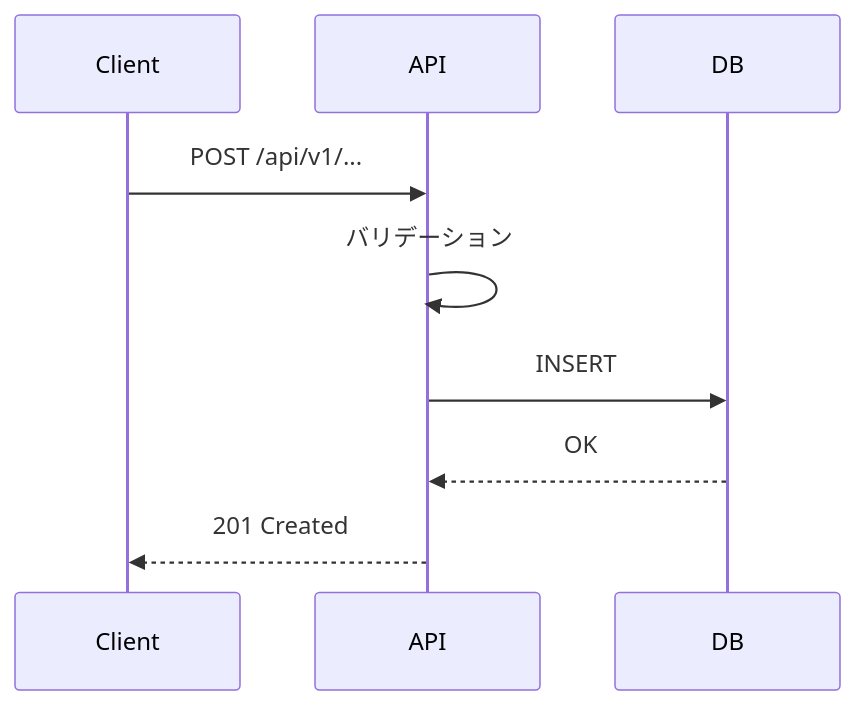
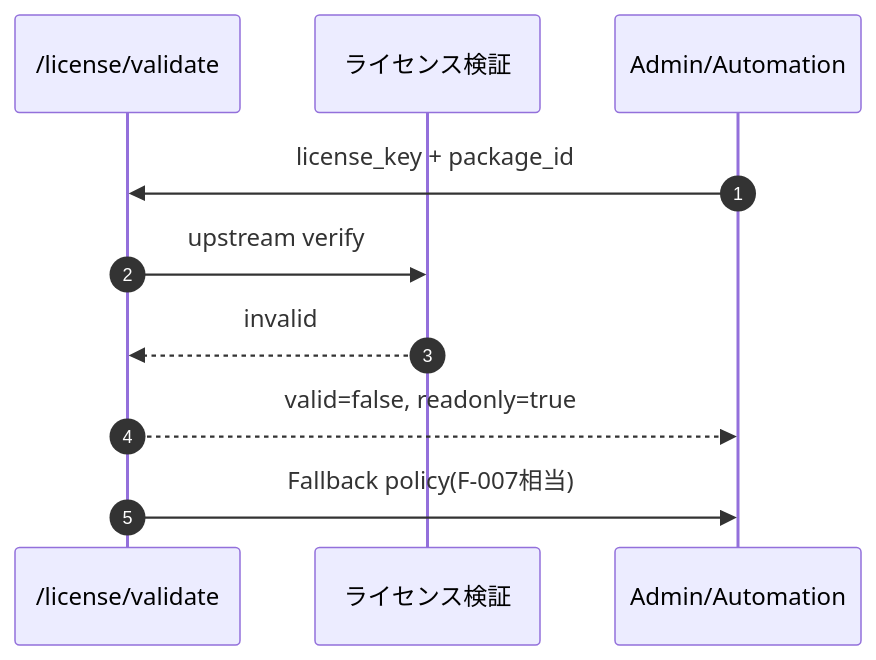
One commit to RetryYN/HELIX-WP-THEME changed the fifth of 5 diagrams in docs/design/L3-detailed-design.md. Above: the diagram before and after it, drawn with Mermaid. The commit also changed other lines of this file and 11 other files, not shown here.

````diff
--- a/docs/design/L3-detailed-design.md
+++ b/docs/design/L3-detailed-design.md
@@ -227,11 +693,13 @@
 ```mermaid
 sequenceDiagram
-  participant C as Client
-  participant A as API
-  participant D as DB
-  C->>A: POST /api/v1/...
-  A->>A: バリデーション
-  A->>D: INSERT
-  D-->>A: OK
-  A-->>C: 201 Created
+  autonumber
+  participant API as /license/validate
+  participant AUTH as ライセンス検証
+  participant FE as Admin/Automation
+
+  FE->>API: license_key + package_id
+  API->>AUTH: upstream verify
+  AUTH-->>API: invalid
+  API-->>FE: valid=false, readonly=true
+  API->>FE: Fallback policy(F-007相当)
 ```
````
